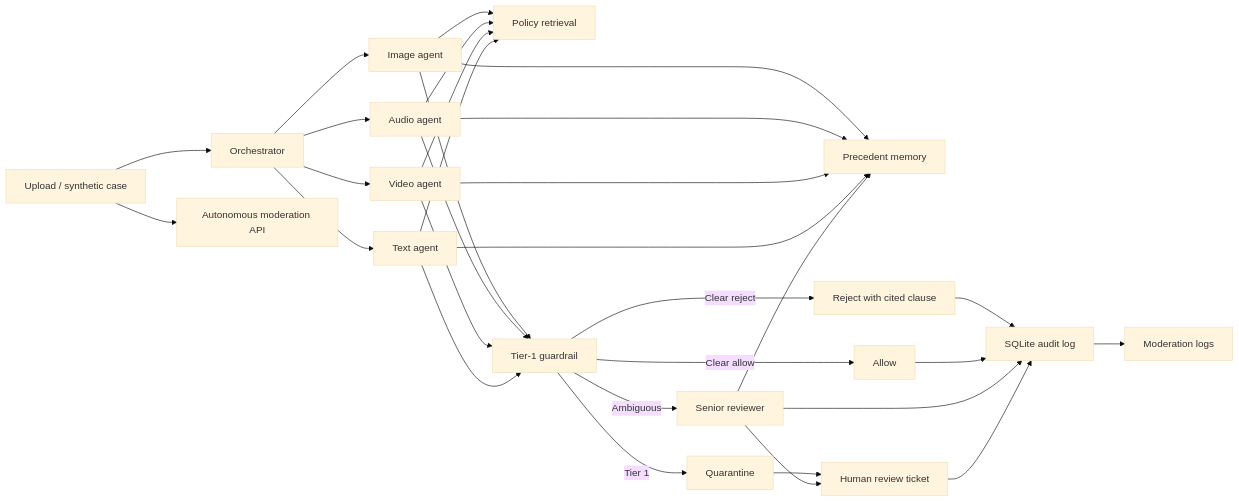
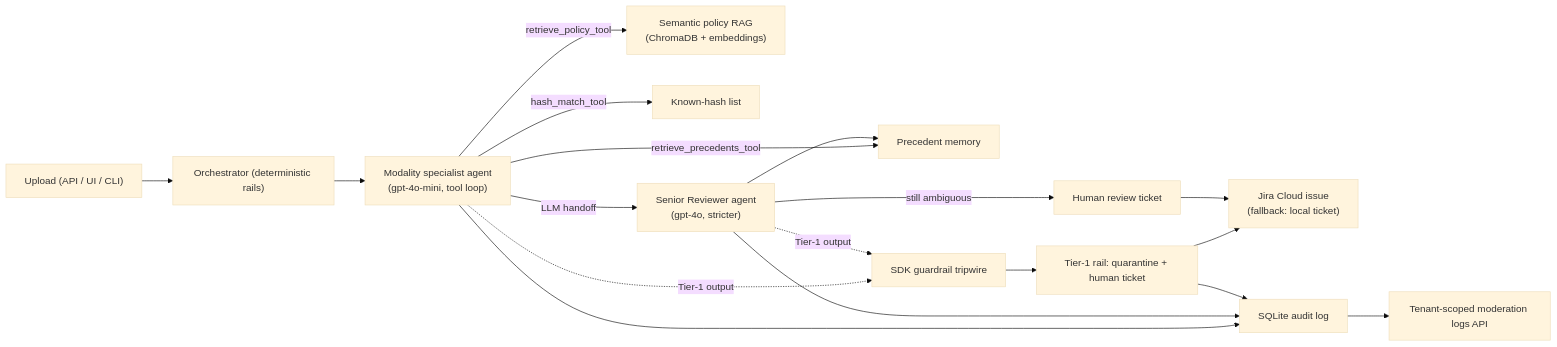
Before and after one commit to rvikr/T-S-Automation: the diagram in sentinel/README.md, drawn with Mermaid (base theme). The commit also changed other lines of this file, not shown here.

Commit message:
README: agentic architecture, setup (incl. Jira), eval, API usage, demo script

````diff
--- a/sentinel/README.md
+++ b/sentinel/README.md
@@ -9,33 +11,20 @@
 ```mermaid
 flowchart LR
-  Upload["Upload / synthetic case"] --> Router["Orchestrator"]
-  Router --> Image["Image agent"]
-  Router --> Audio["Audio agent"]
-  Router --> Video["Video agent"]
-  Router --> Text["Text agent"]
-  Image --> Policy["Policy retrieval"]
-  Audio --> Policy
-  Video --> Policy
-  Text --> Policy
-  Image --> Precedents["Precedent memory"]
-  Audio --> Precedents
-  Video --> Precedents
-  Text --> Precedents
-  Image --> Guardrail["Tier-1 guardrail"]
-  Audio --> Guardrail
-  Video --> Guardrail
-  Text --> Guardrail
-  Guardrail -->|Tier 1| Quarantine["Quarantine"]
-  Quarantine --> Ticket["Human review ticket"]
-  Guardrail -->|Ambiguous| Senior["Senior reviewer"]
-  Senior --> Ticket
-  Senior --> Precedents
-  Guardrail -->|Clear reject| Reject["Reject with cited clause"]
-  Guardrail -->|Clear allow| Allow["Allow"]
-  Reject --> Audit["SQLite audit log"]
-  Allow --> Audit
+  Upload["Upload (API / UI / CLI)"] --> Router["Orchestrator (deterministic rails)"]
+  Router --> Spec["Modality specialist agent\n(gpt-4o-mini, tool loop)"]
+  Spec -->|retrieve_policy_tool| RAG["Semantic policy RAG\n(ChromaDB + embeddings)"]
+  Spec -->|retrieve_precedents_tool| Prec["Precedent memory"]
+  Spec -->|hash_match_tool| Hash["Known-hash list"]
+  Spec -->|LLM handoff| Senior["Senior Reviewer agent\n(gpt-4o, stricter)"]
+  Spec -.->|Tier-1 output| Trip["SDK guardrail tripwire"]
+  Senior -.->|Tier-1 output| Trip
+  Trip --> Rail["Tier-1 rail: quarantine + human ticket"]
+  Senior -->|still ambiguous| Ticket["Human review ticket"]
+  Rail --> Jira["Jira Cloud issue\n(fallback: local ticket)"]
+  Ticket --> Jira
+  Senior --> Prec
+  Spec --> Audit["SQLite audit log"]
   Senior --> Audit
-  Ticket --> Audit
-  Audit --> Logs["Moderation logs"]
-  Upload --> API["Autonomous moderation API"]
+  Rail --> Audit
+  Audit --> Logs["Tenant-scoped moderation logs API"]
 ```
````
